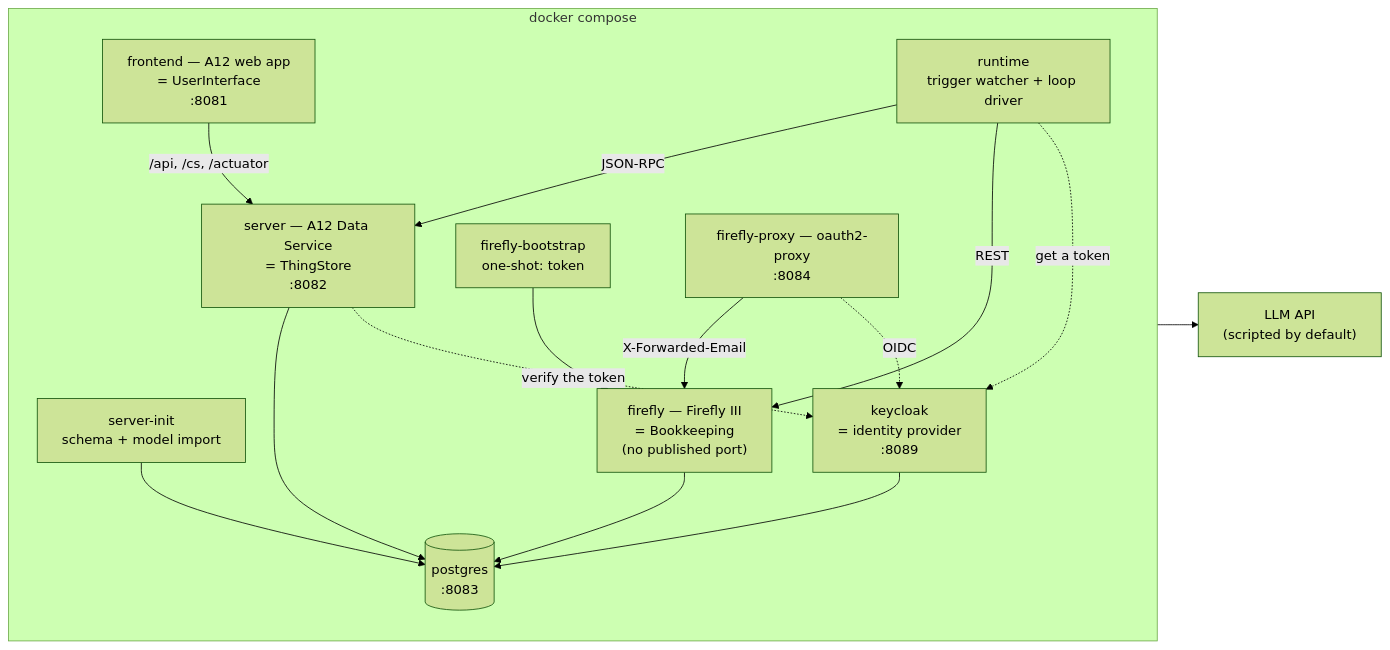
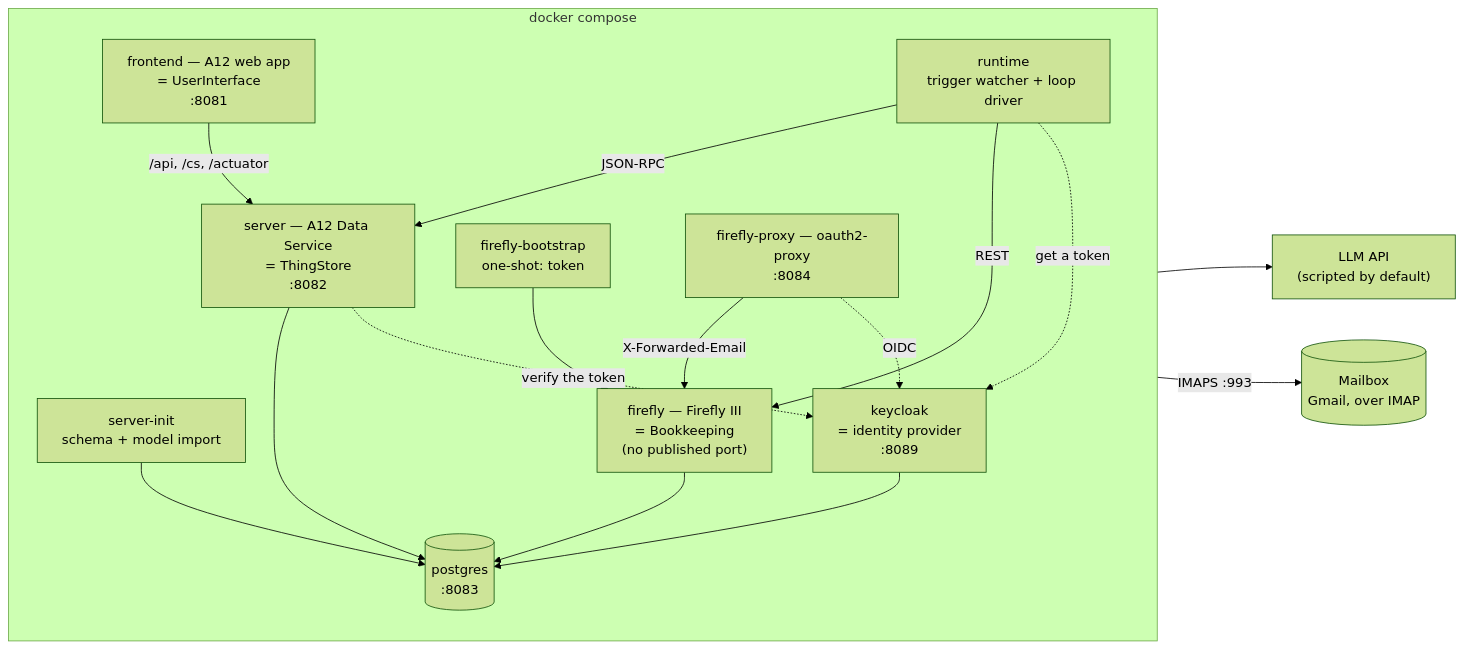
One commit to tillg/assistants changed the first of 3 diagrams in README.md. Above: the diagram before and after it, drawn with Mermaid (forest theme). The commit also changed other lines of this file and 7 other files, not shown here.

````diff
--- a/README.md
+++ b/README.md
@@ -52,30 +52,32 @@
 ```mermaid
 flowchart LR
     subgraph compose["docker compose"]
         direction TB
         PG[("postgres<br/>:8083")]
         KC["keycloak<br/>= identity provider<br/>:8089"]
         SRV["server — A12 Data Service<br/>= ThingStore<br/>:8082"]
         INIT["server-init<br/>schema + model import"]
         FE["frontend — A12 web app<br/>= UserInterface<br/>:8081"]
         RT["runtime<br/>trigger watcher + loop driver"]
         FP["firefly-proxy — oauth2-proxy<br/>:8084"]
         FF["firefly — Firefly III<br/>= Bookkeeping<br/>(no published port)"]
         FB["firefly-bootstrap<br/>one-shot: token"]
     end
     LLM["LLM API<br/>(scripted by default)"]
+    MB[("Mailbox<br/>Gmail, over IMAP")]
 
     INIT --> PG
     SRV --> PG
     FF --> PG
     KC --> PG
     FE -->|"/api, /cs, /actuator"| SRV
     RT -->|JSON-RPC| SRV
     RT -->|REST| FF
     RT --> LLM
+    RT -->|"IMAPS :993"| MB
     FB --> FF
     FP -->|"X-Forwarded-Email"| FF
     SRV -.->|"verify the token"| KC
     RT -.->|"get a token"| KC
     FP -.->|"OIDC"| KC
 ```
````
